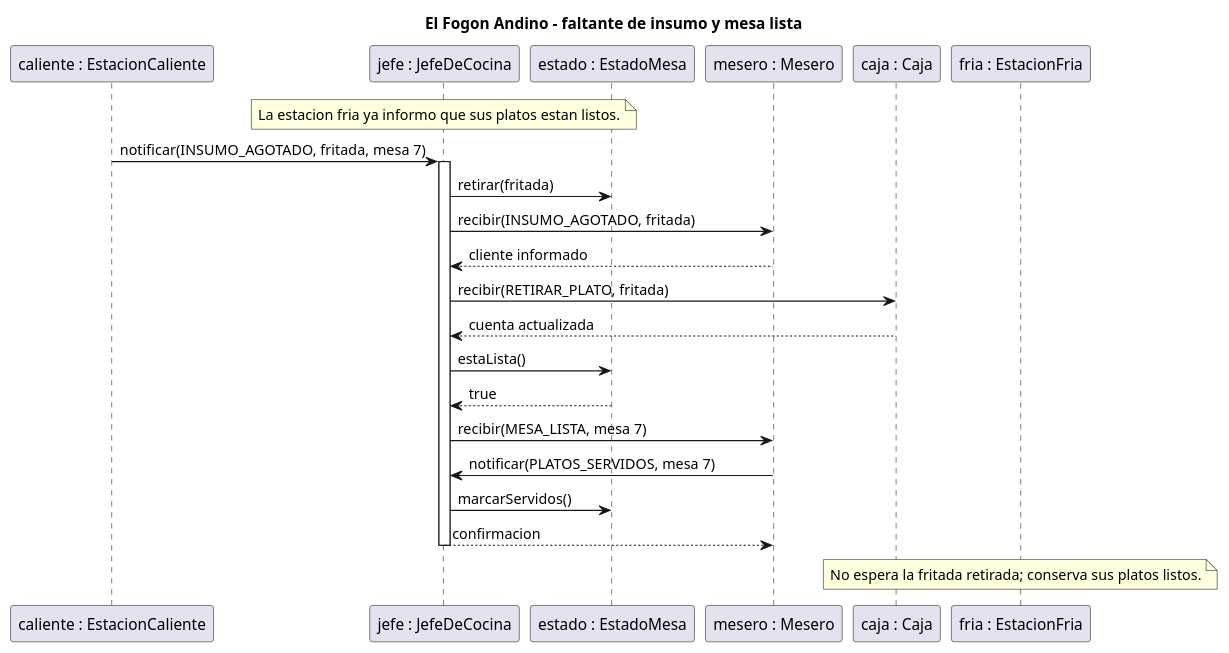
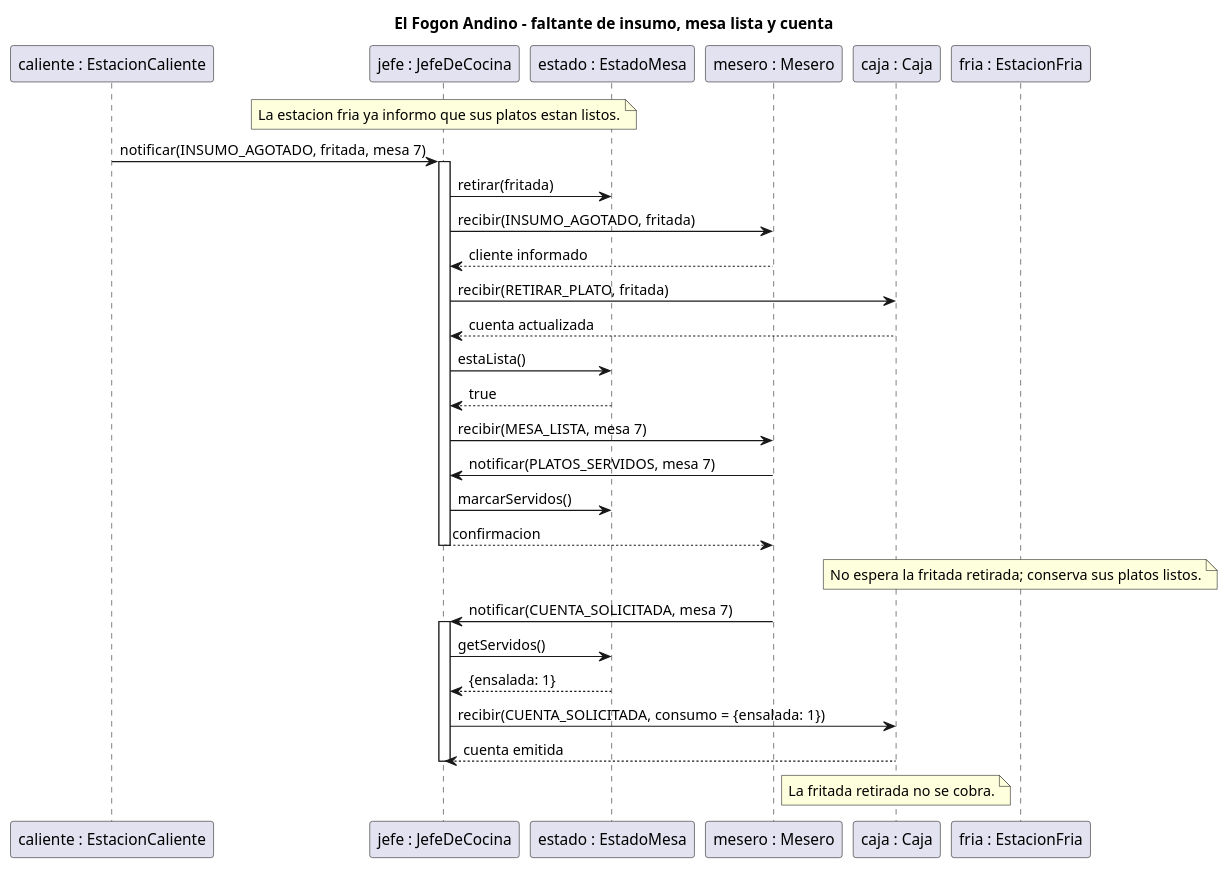
One commit to ups-master/pds-actividad-03-grupo-01 changed the diagram in escenario-2-mediator/uml/mediatorE2_secuencia.puml. Above: the diagram before and after it, drawn with PlantUML. The commit also changed 14 other files, not shown here.

```diff
--- a/escenario-2-mediator/uml/mediatorE2_secuencia.puml
+++ b/escenario-2-mediator/uml/mediatorE2_secuencia.puml
@@ -1,25 +1,33 @@
 @startuml
-title El Fogon Andino - faltante de insumo y mesa lista
+title El Fogon Andino - faltante de insumo, mesa lista y cuenta
 participant "caliente : EstacionCaliente" as caliente
 participant "jefe : JefeDeCocina" as jefe
 participant "estado : EstadoMesa" as estado
 participant "mesero : Mesero" as mesero
 participant "caja : Caja" as caja
 participant "fria : EstacionFria" as fria
 note over jefe : La estacion fria ya informo que sus platos estan listos.
 caliente -> jefe : notificar(INSUMO_AGOTADO, fritada, mesa 7)
 activate jefe
 jefe -> estado : retirar(fritada)
 jefe -> mesero : recibir(INSUMO_AGOTADO, fritada)
 mesero --> jefe : cliente informado
 jefe -> caja : recibir(RETIRAR_PLATO, fritada)
 caja --> jefe : cuenta actualizada
 jefe -> estado : estaLista()
 estado --> jefe : true
 jefe -> mesero : recibir(MESA_LISTA, mesa 7)
 mesero -> jefe : notificar(PLATOS_SERVIDOS, mesa 7)
 jefe -> estado : marcarServidos()
 jefe --> mesero : confirmacion
 deactivate jefe
 note over fria : No espera la fritada retirada; conserva sus platos listos.
+mesero -> jefe : notificar(CUENTA_SOLICITADA, mesa 7)
+activate jefe
+jefe -> estado : getServidos()
+estado --> jefe : {ensalada: 1}
+jefe -> caja : recibir(CUENTA_SOLICITADA, consumo = {ensalada: 1})
+caja --> jefe : cuenta emitida
+deactivate jefe
+note over caja : La fritada retirada no se cobra.
 @enduml
```
